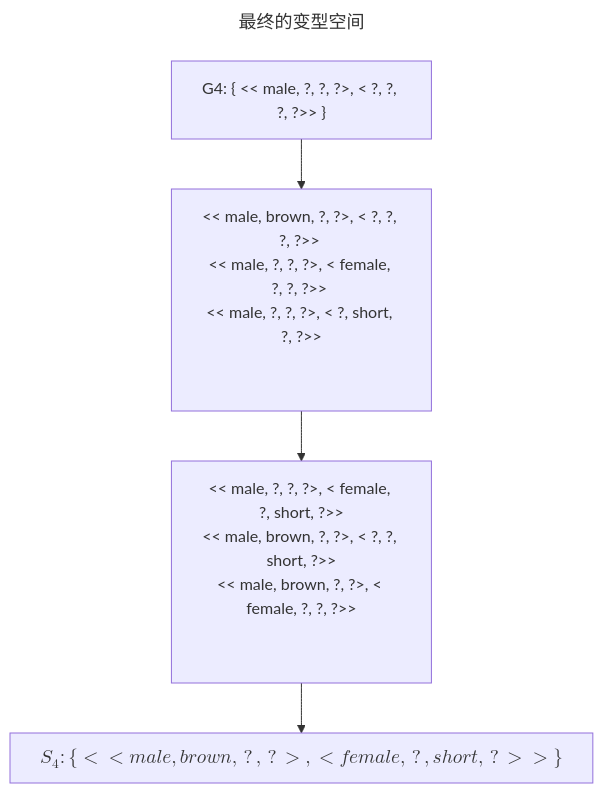
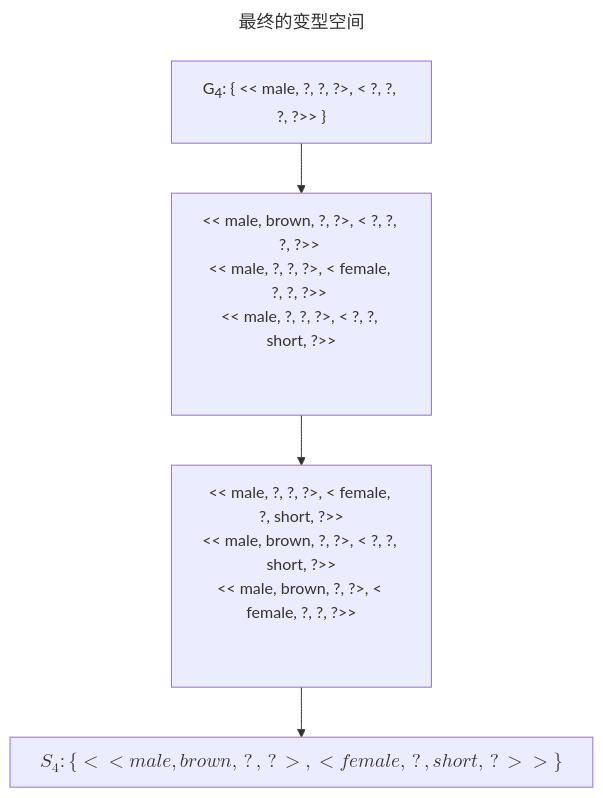
Before and after one commit to Jeff-Tian/ml: the eighth of 11 diagrams in src/posts/第二章 概念学习和一般到特殊序/2.5.md, drawn with Mermaid. The commit also changed other lines of this file, not shown here.

````diff
--- a/src/posts/第二章 概念学习和一般到特殊序/2.5.md
+++ b/src/posts/第二章 概念学习和一般到特殊序/2.5.md
@@ -137,10 +137,10 @@
     ```mermaid
     ---
     title: 最终的变型空间
     ---
     graph TD
-        g4["G<sbu>4</sub>: { << male, ?, ?, ?>, < ?, ?, ?, ?>> }"]-->
-        g5["<< male, brown, ?, ?>, < ?, ?, ?, ?>> <br /><< male, ?, ?, ?>, < female, ?, ?, ?>> <br /><< male, ?, ?, ?>, < ?, short, ?, ?>><br /><br/><br />"]-->
+        g4["G<sub>4</sub>: { << male, ?, ?, ?>, < ?, ?, ?, ?>> }"]-->
+        g5["<< male, brown, ?, ?>, < ?, ?, ?, ?>> <br /><< male, ?, ?, ?>, < female, ?, ?, ?>> <br /><< male, ?, ?, ?>, < ?, ?, short, ?>><br /><br/><br />"]-->
         s5["<< male, ?, ?, ?>, < female, ?, short, ?>><br /><< male, brown, ?, ?>, < ?, ?, short, ?>><br /><< male, brown, ?, ?>, < female, ?, ?, ?>><br /><br /><br />"]-->
         s4[$$S_4:  \lbrace \lt \lt male, brown, ?, ? \gt, \lt female, ?, short, ? \gt \gt \rbrace $$]
     ```
````
